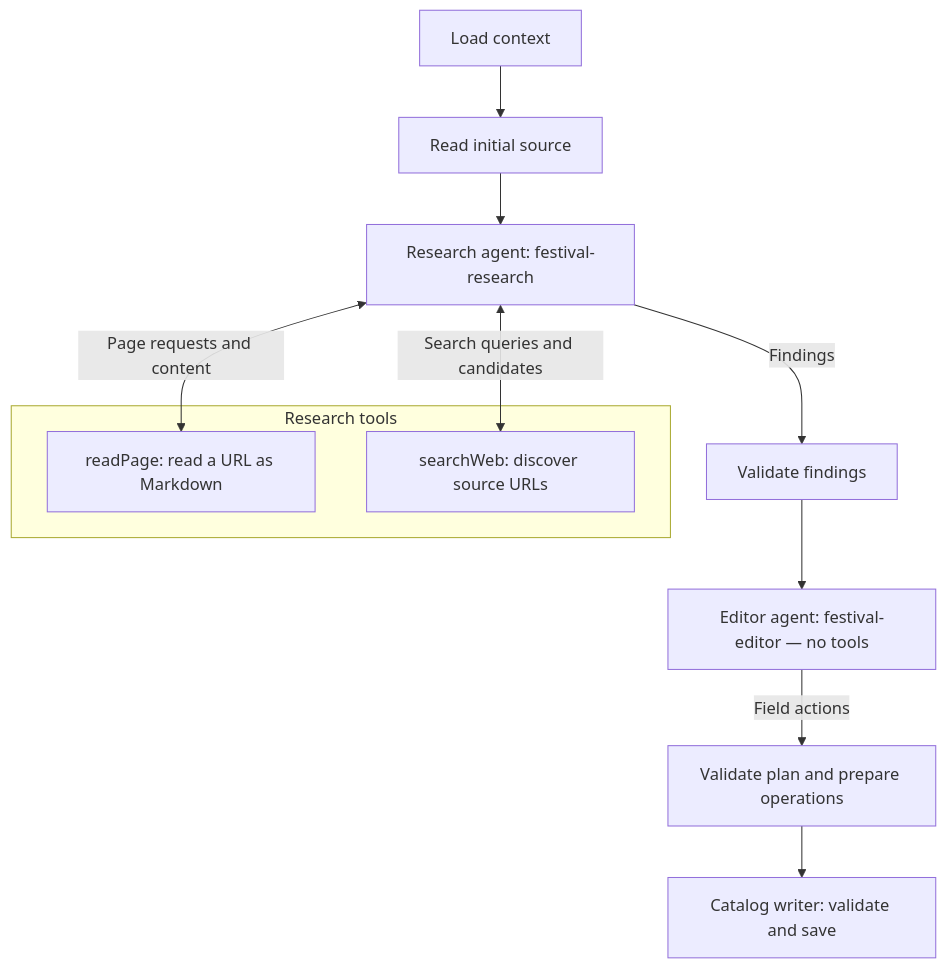
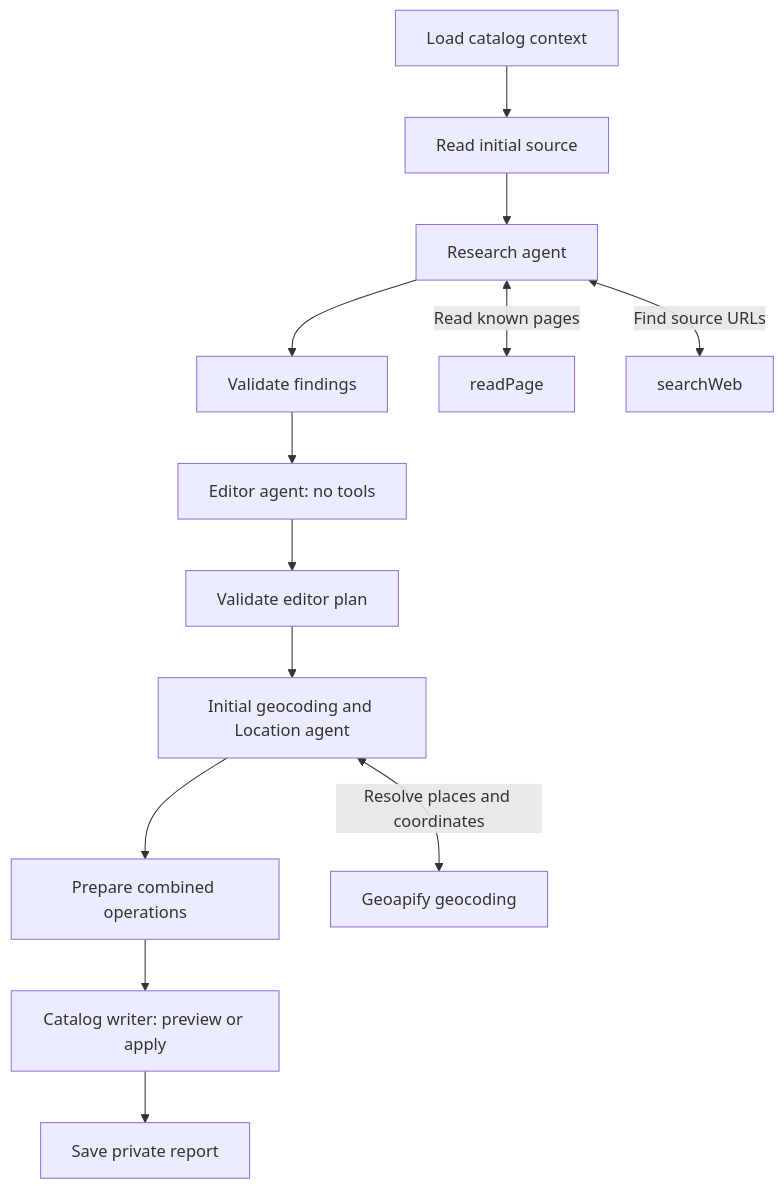
The second of 2 diagrams in README.md (alex-karo/eventroam), drawn with Mermaid before and after one commit. The commit also changed other lines of this file, not shown here.

Commit message:
docs(readme): update production status and architecture

````diff
--- a/README.md
+++ b/README.md
@@ -41,16 +38,16 @@
 ```mermaid
 flowchart TD
-    Context[Load context] --> Initial[Read initial source]
-    Initial --> Research["Research agent: festival-research"]
-    Research -->|Findings| Validate[Validate findings]
-    Validate --> Editor["Editor agent: festival-editor — no tools"]
-    Editor -->|Field actions| Prepare[Validate plan and prepare operations]
-    Prepare --> Writer[Catalog writer: validate and save]
+    Context[Load catalog context] --> Initial[Read initial source]
+    Initial --> Research[Research agent]
+    Research --> Validate[Validate findings]
+    Validate --> Editor[Editor agent: no tools]
+    Editor --> Plan[Validate editor plan]
+    Plan --> Location[Initial geocoding and Location agent]
+    Location --> Prepare[Prepare combined operations]
+    Prepare --> Writer[Catalog writer: preview or apply]
+    Writer --> Report[Save private report]
 
-    subgraph Tools[Research tools]
-        Read["readPage: read a URL as Markdown"]
-        Search["searchWeb: discover source URLs"]
-    end
-    Research <-->|Page requests and content| Read
-    Research <-->|Search queries and candidates| Search
+    Research <-->|Read known pages| Read[readPage]
+    Research <-->|Find source URLs| Search[searchWeb]
+    Location <-->|Resolve places and coordinates| Geo[Geoapify geocoding]
 ```
````
